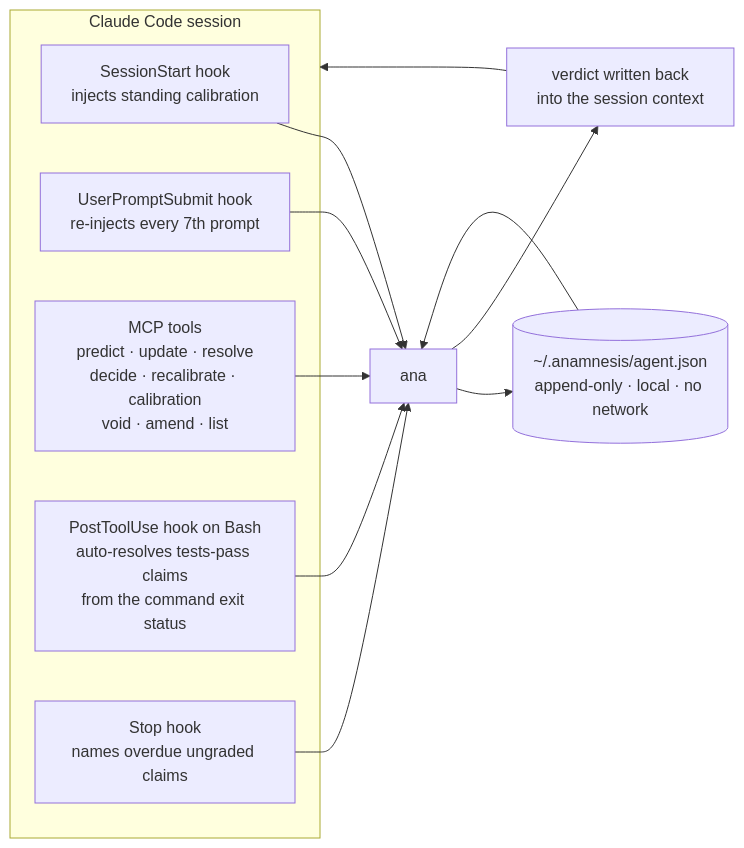
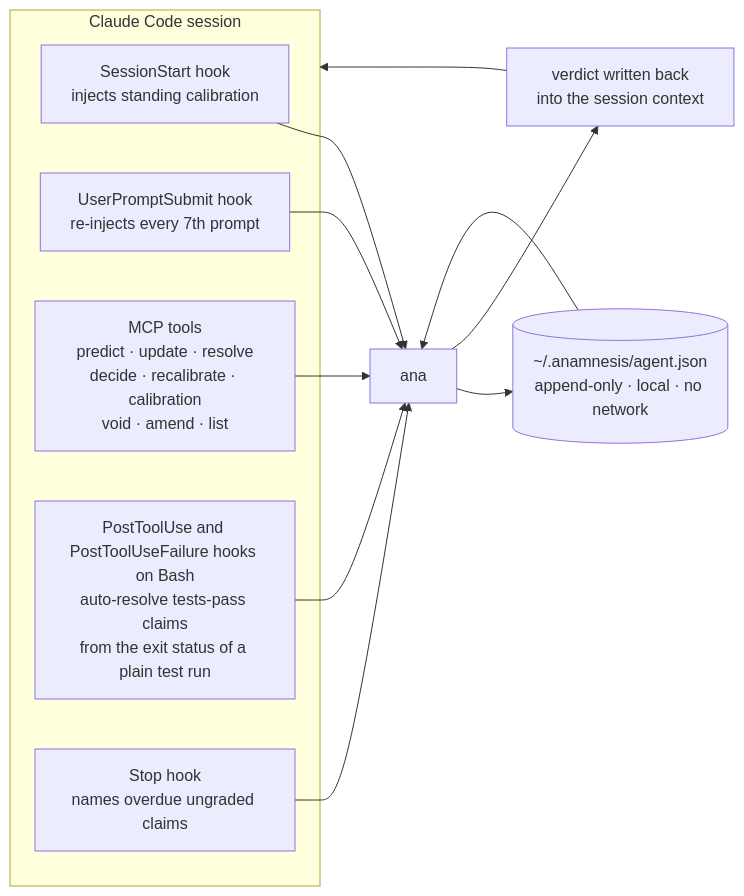
The diagram in docs/AGENTS.md (Anbu-00001/Anamnesis), drawn with Mermaid before and after one commit. The commit also changed other lines of this file and 19 other files, not shown here.

````diff
--- a/docs/AGENTS.md
+++ b/docs/AGENTS.md
@@ -47,22 +47,22 @@
 ```mermaid
 flowchart LR
     accTitle: How Anamnesis attaches to a Claude Code session
     accDescr: Four lifecycle hooks and nine MCP tools all invoke the same ana binary. It reads and writes one local append-only JSON ledger and returns the current calibration verdict into the session context. No network is involved.
 
     subgraph S["Claude Code session"]
         H1["SessionStart hook<br/>injects standing calibration"]
         H2["UserPromptSubmit hook<br/>re-injects every 7th prompt"]
         T["MCP tools<br/>predict · update · resolve<br/>decide · recalibrate · calibration<br/>void · amend · list"]
-        H3["PostToolUse hook on Bash<br/>auto-resolves tests-pass claims<br/>from the command exit status"]
+        H3["PostToolUse and PostToolUseFailure hooks on Bash<br/>auto-resolve tests-pass claims<br/>from the exit status of a plain test run"]
         H4["Stop hook<br/>names overdue ungraded claims"]
     end
     H1 --> ANA["ana"]
     H2 --> ANA
     T --> ANA
     H3 --> ANA
     H4 --> ANA
     ANA --> L[("~/.anamnesis/agent.json<br/>append-only · local · no network")]
     L --> ANA
     ANA --> V["verdict written back<br/>into the session context"]
     V --> S
 ```
````
